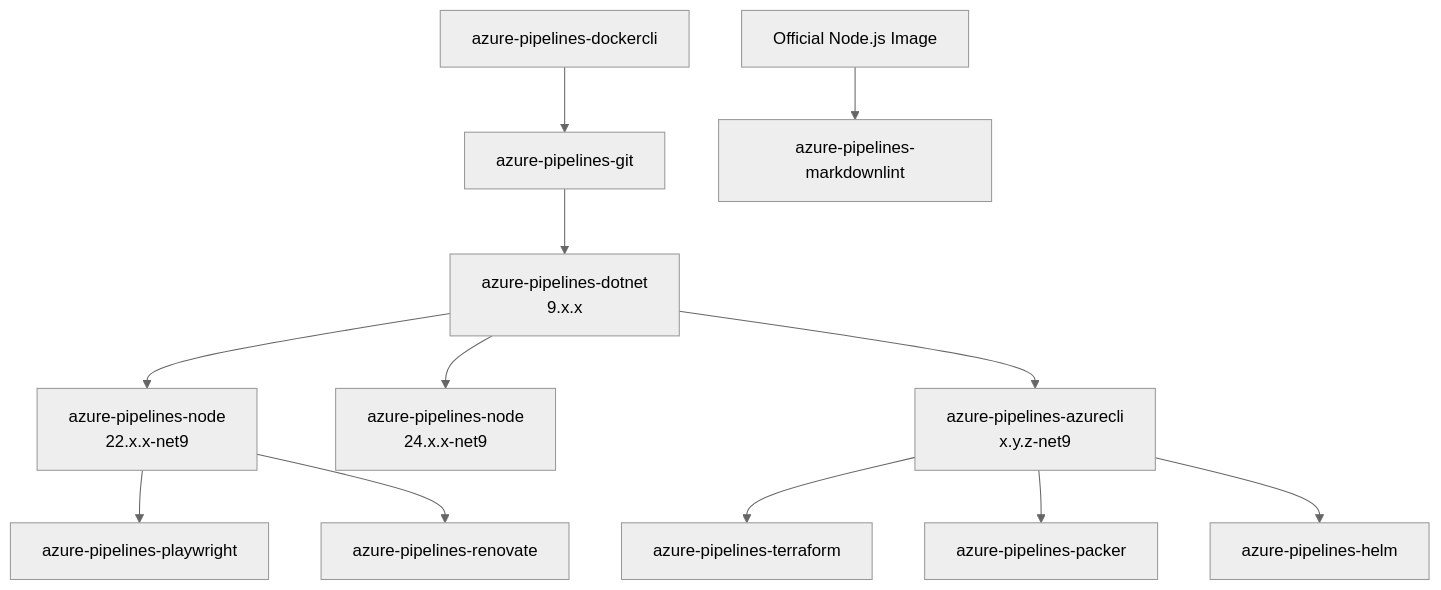
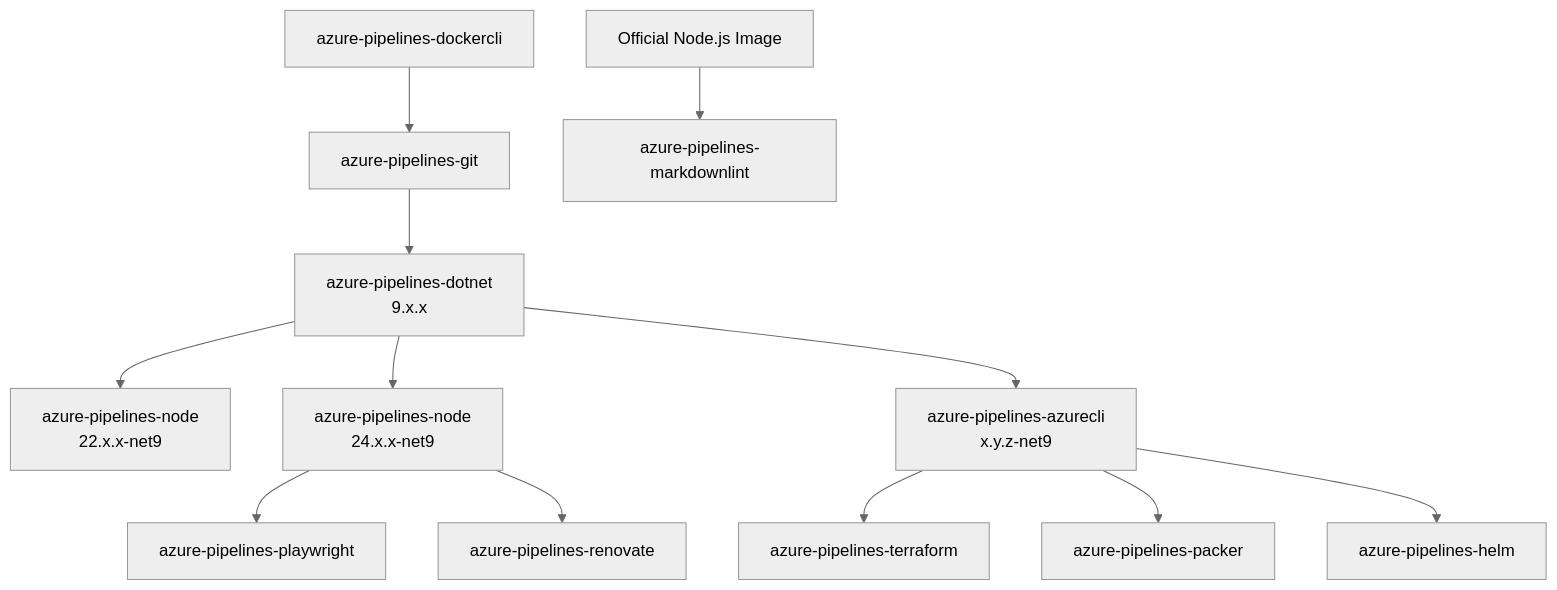
One commit to swissgrc/.github changed the diagram in profile/README.md. Above: the diagram before and after it, drawn with Mermaid (neutral theme).

Commit message:
Update node image inheritance in README (#334)

````diff
--- a/profile/README.md
+++ b/profile/README.md
@@ -23,59 +23,59 @@
 ```mermaid
 graph TB
     docker[azure-pipelines-dockercli]
     click docker "https://github.com/swissgrc/docker-azure-pipelines-dockercli"
 
     git[azure-pipelines-git]
     click git "https://github.com/swissgrc/docker-azure-pipelines-git"
 
     dotnet9[azure-pipelines-dotnet<br>9.x.x]
     click dotnet9 "https://github.com/swissgrc/docker-azure-pipelines-dotnet-9"
 
     node22_9[azure-pipelines-node<br>22.x.x-net9]
     click node22_9 "https://github.com/swissgrc/docker-azure-pipelines-node22-net9"
     node24_9[azure-pipelines-node<br>24.x.x-net9]
     click node24_9 "https://github.com/swissgrc/docker-azure-pipelines-node24-net9"
 
     az9[azure-pipelines-azurecli<br>x.y.z-net9]
     click az9 "https://github.com/swissgrc/docker-azure-pipelines-azurecli-net9"
 
     terraform[azure-pipelines-terraform]
     click terraform "https://github.com/swissgrc/docker-azure-pipelines-terraform"
     packer[azure-pipelines-packer]
     click packer "https://github.com/swissgrc/docker-azure-pipelines-packer"
     helm[azure-pipelines-helm]
     click helm "https://github.com/swissgrc/docker-azure-pipelines-helm"
 
     playwright[azure-pipelines-playwright]
     click playwright "https://github.com/swissgrc/docker-azure-pipelines-playwright"
 
     markdownlint[azure-pipelines-markdownlint]
     click markdownlint "https://github.com/swissgrc/docker-azure-pipelines-markdownlint"
 
     renovate[azure-pipelines-renovate]
     click renovate "https://github.com/swissgrc/docker-azure-pipelines-renovate"
 
     %% External Images
     nodejs[Official Node.js Image]
     click nodejs "https://hub.docker.com/_/node"
 
     %% Inheritance relationships (top-down)
     docker --> git
 
     git --> dotnet9
 
     dotnet9 --> node22_9
     dotnet9 --> node24_9
 
     dotnet9 --> az9
 
     az9 --> terraform
     az9 --> packer
     az9 --> helm
 
-    node22_9 --> playwright
+    node24_9 --> playwright
 
     nodejs --> markdownlint
 
-    node22_9 --> renovate
+    node24_9 --> renovate
 ```
````
